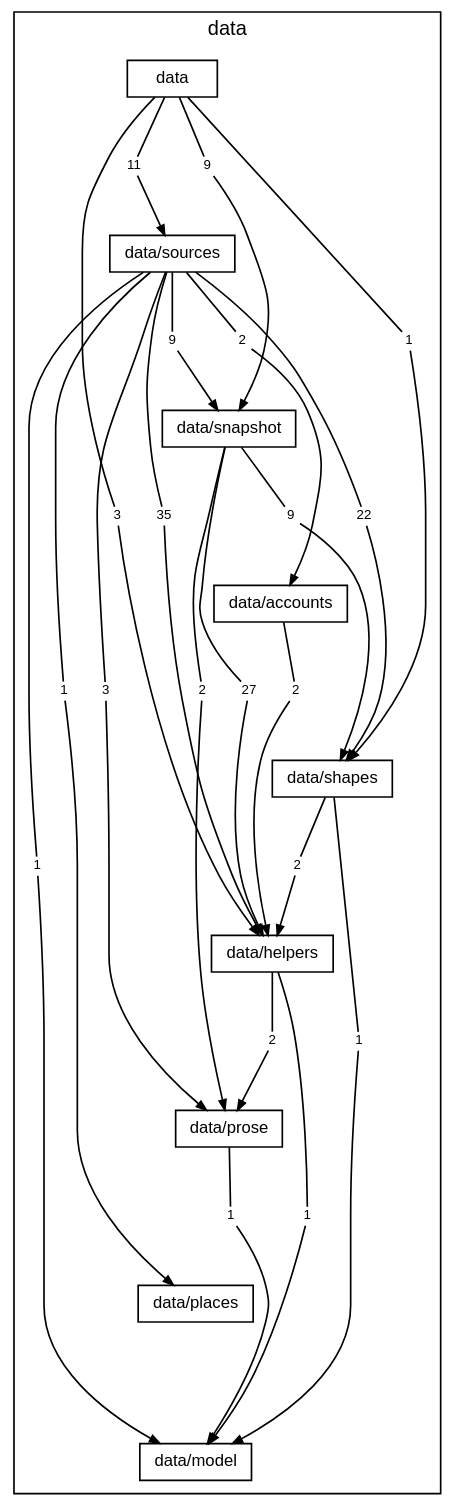
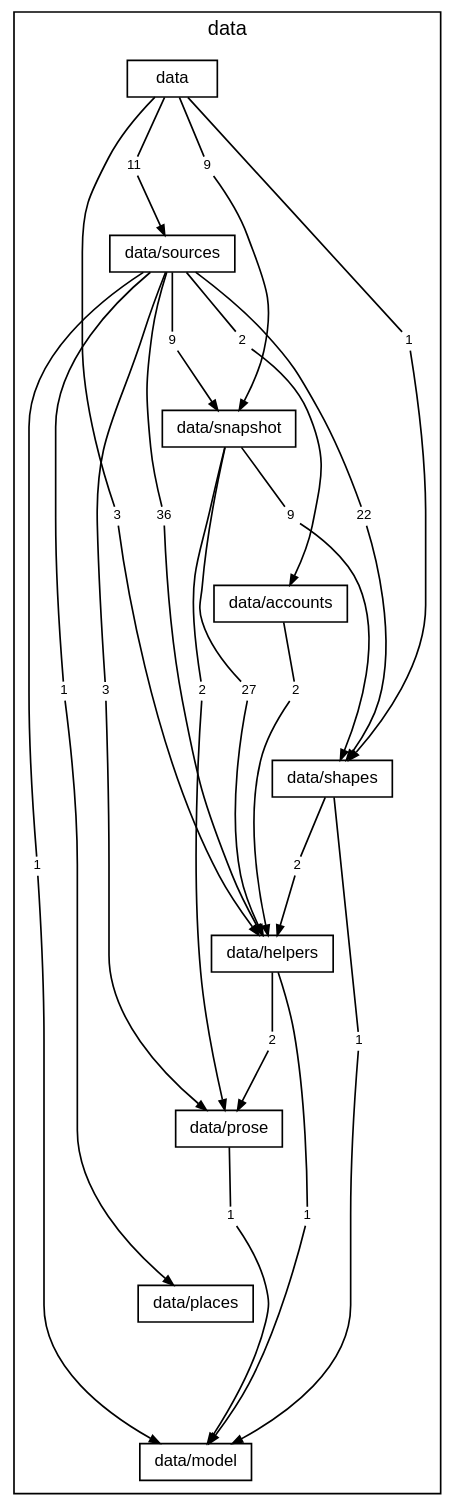
The diagram in docs/diagrams/layer-data.dot (TheAxeC/oculus), drawn with Graphviz before and after one commit. The commit also changed 357 other files, not shown here.

```diff
--- a/docs/diagrams/layer-data.dot
+++ b/docs/diagrams/layer-data.dot
@@ -1,85 +1,85 @@
 digraph layer_data {
     graph [bgcolor="transparent", rankdir=TB, newrank=true, mclimit=4, fontname="Helvetica,Arial,sans-serif", fontsize=12, nodesep=0.2, ranksep=0.5];
     node [shape=box, color="black", fontcolor="black", fontname="Helvetica,Arial,sans-serif", fontsize=10, height=0.3, margin="0.12,0.04"];
     edge [color="black", fontcolor="black", fontname="Helvetica,Arial,sans-serif", fontsize=8, arrowsize=0.6];
     subgraph "cluster_data" {
         label="data"; style=solid;
         "folder data" [label="data"];
         "folder data/sources" [label="data/sources"];
         "folder data/snapshot" [label="data/snapshot"];
         "folder data/accounts" [label="data/accounts"];
         "folder data/shapes" [label="data/shapes"];
         "folder data/helpers" [label="data/helpers"];
         "folder data/prose" [label="data/prose"];
         "folder data/places" [label="data/places"];
         "folder data/model" [label="data/model"];
         "folder data to folder data/helpers" [label="3", shape=box, color="transparent", fontsize=8, width=0, height=0, margin="0.04,0.02"];
         "folder data to folder data/shapes" [label="1", shape=box, color="transparent", fontsize=8, width=0, height=0, margin="0.04,0.02"];
         "folder data to folder data/snapshot" [label="9", shape=box, color="transparent", fontsize=8, width=0, height=0, margin="0.04,0.02"];
         "folder data to folder data/sources" [label="11", shape=box, color="transparent", fontsize=8, width=0, height=0, margin="0.04,0.02"];
         "folder data/sources to folder data/accounts" [label="2", shape=box, color="transparent", fontsize=8, width=0, height=0, margin="0.04,0.02"];
-        "folder data/sources to folder data/helpers" [label="35", shape=box, color="transparent", fontsize=8, width=0, height=0, margin="0.04,0.02"];
+        "folder data/sources to folder data/helpers" [label="36", shape=box, color="transparent", fontsize=8, width=0, height=0, margin="0.04,0.02"];
         "folder data/sources to folder data/model" [label="1", shape=box, color="transparent", fontsize=8, width=0, height=0, margin="0.04,0.02"];
         "folder data/sources to folder data/places" [label="1", shape=box, color="transparent", fontsize=8, width=0, height=0, margin="0.04,0.02"];
         "folder data/sources to folder data/prose" [label="3", shape=box, color="transparent", fontsize=8, width=0, height=0, margin="0.04,0.02"];
         "folder data/sources to folder data/shapes" [label="22", shape=box, color="transparent", fontsize=8, width=0, height=0, margin="0.04,0.02"];
         "folder data/sources to folder data/snapshot" [label="9", shape=box, color="transparent", fontsize=8, width=0, height=0, margin="0.04,0.02"];
         "folder data/snapshot to folder data/helpers" [label="27", shape=box, color="transparent", fontsize=8, width=0, height=0, margin="0.04,0.02"];
         "folder data/snapshot to folder data/prose" [label="2", shape=box, color="transparent", fontsize=8, width=0, height=0, margin="0.04,0.02"];
         "folder data/snapshot to folder data/shapes" [label="9", shape=box, color="transparent", fontsize=8, width=0, height=0, margin="0.04,0.02"];
         "folder data/accounts to folder data/helpers" [label="2", shape=box, color="transparent", fontsize=8, width=0, height=0, margin="0.04,0.02"];
         "folder data/shapes to folder data/helpers" [label="2", shape=box, color="transparent", fontsize=8, width=0, height=0, margin="0.04,0.02"];
         "folder data/shapes to folder data/model" [label="1", shape=box, color="transparent", fontsize=8, width=0, height=0, margin="0.04,0.02"];
         "folder data/helpers to folder data/model" [label="1", shape=box, color="transparent", fontsize=8, width=0, height=0, margin="0.04,0.02"];
         "folder data/helpers to folder data/prose" [label="2", shape=box, color="transparent", fontsize=8, width=0, height=0, margin="0.04,0.02"];
         "folder data/prose to folder data/model" [label="1", shape=box, color="transparent", fontsize=8, width=0, height=0, margin="0.04,0.02"];
     }
     "folder data" -> "folder data/sources" [style=invis, weight=10, minlen=2];
     "folder data/sources" -> "folder data/snapshot" [style=invis, weight=10, minlen=2];
     "folder data/snapshot" -> "folder data/accounts" [style=invis, weight=10, minlen=2];
     "folder data/accounts" -> "folder data/shapes" [style=invis, weight=10, minlen=2];
     "folder data/shapes" -> "folder data/helpers" [style=invis, weight=10, minlen=2];
     "folder data/helpers" -> "folder data/prose" [style=invis, weight=10, minlen=2];
     "folder data/prose" -> "folder data/places" [style=invis, weight=10, minlen=2];
     "folder data/places" -> "folder data/model" [style=invis, weight=10, minlen=2];
     "folder data" -> "folder data to folder data/helpers" [arrowhead=none, minlen=5, weight=10];
     "folder data to folder data/helpers" -> "folder data/helpers" [];
     "folder data" -> "folder data to folder data/shapes" [arrowhead=none, minlen=3, weight=10];
     "folder data to folder data/shapes" -> "folder data/shapes" [];
     "folder data" -> "folder data to folder data/snapshot" [arrowhead=none, minlen=1, weight=10];
     "folder data to folder data/snapshot" -> "folder data/snapshot" [];
     "folder data" -> "folder data to folder data/sources" [arrowhead=none, minlen=1, weight=10];
     "folder data to folder data/sources" -> "folder data/sources" [];
     "folder data/sources" -> "folder data/sources to folder data/accounts" [arrowhead=none, minlen=1, weight=10];
     "folder data/sources to folder data/accounts" -> "folder data/accounts" [];
     "folder data/sources" -> "folder data/sources to folder data/helpers" [arrowhead=none, minlen=3, weight=10];
     "folder data/sources to folder data/helpers" -> "folder data/helpers" [];
     "folder data/sources" -> "folder data/sources to folder data/model" [arrowhead=none, minlen=7, weight=10];
     "folder data/sources to folder data/model" -> "folder data/model" [];
     "folder data/sources" -> "folder data/sources to folder data/places" [arrowhead=none, minlen=5, weight=10];
     "folder data/sources to folder data/places" -> "folder data/places" [];
     "folder data/sources" -> "folder data/sources to folder data/prose" [arrowhead=none, minlen=5, weight=10];
     "folder data/sources to folder data/prose" -> "folder data/prose" [];
     "folder data/sources" -> "folder data/sources to folder data/shapes" [arrowhead=none, minlen=3, weight=10];
     "folder data/sources to folder data/shapes" -> "folder data/shapes" [];
     "folder data/sources" -> "folder data/sources to folder data/snapshot" [arrowhead=none, minlen=1, weight=10];
     "folder data/sources to folder data/snapshot" -> "folder data/snapshot" [];
     "folder data/snapshot" -> "folder data/snapshot to folder data/helpers" [arrowhead=none, minlen=3, weight=10];
     "folder data/snapshot to folder data/helpers" -> "folder data/helpers" [];
     "folder data/snapshot" -> "folder data/snapshot to folder data/prose" [arrowhead=none, minlen=3, weight=10];
     "folder data/snapshot to folder data/prose" -> "folder data/prose" [];
     "folder data/snapshot" -> "folder data/snapshot to folder data/shapes" [arrowhead=none, minlen=1, weight=10];
     "folder data/snapshot to folder data/shapes" -> "folder data/shapes" [];
     "folder data/accounts" -> "folder data/accounts to folder data/helpers" [arrowhead=none, minlen=1, weight=10];
     "folder data/accounts to folder data/helpers" -> "folder data/helpers" [];
     "folder data/shapes" -> "folder data/shapes to folder data/helpers" [arrowhead=none, minlen=1, weight=10];
     "folder data/shapes to folder data/helpers" -> "folder data/helpers" [];
     "folder data/shapes" -> "folder data/shapes to folder data/model" [arrowhead=none, minlen=3, weight=10];
     "folder data/shapes to folder data/model" -> "folder data/model" [];
     "folder data/helpers" -> "folder data/helpers to folder data/model" [arrowhead=none, minlen=3, weight=10];
     "folder data/helpers to folder data/model" -> "folder data/model" [];
     "folder data/helpers" -> "folder data/helpers to folder data/prose" [arrowhead=none, minlen=1, weight=10];
     "folder data/helpers to folder data/prose" -> "folder data/prose" [];
     "folder data/prose" -> "folder data/prose to folder data/model" [arrowhead=none, minlen=1, weight=10];
     "folder data/prose to folder data/model" -> "folder data/model" [];
 }
```
